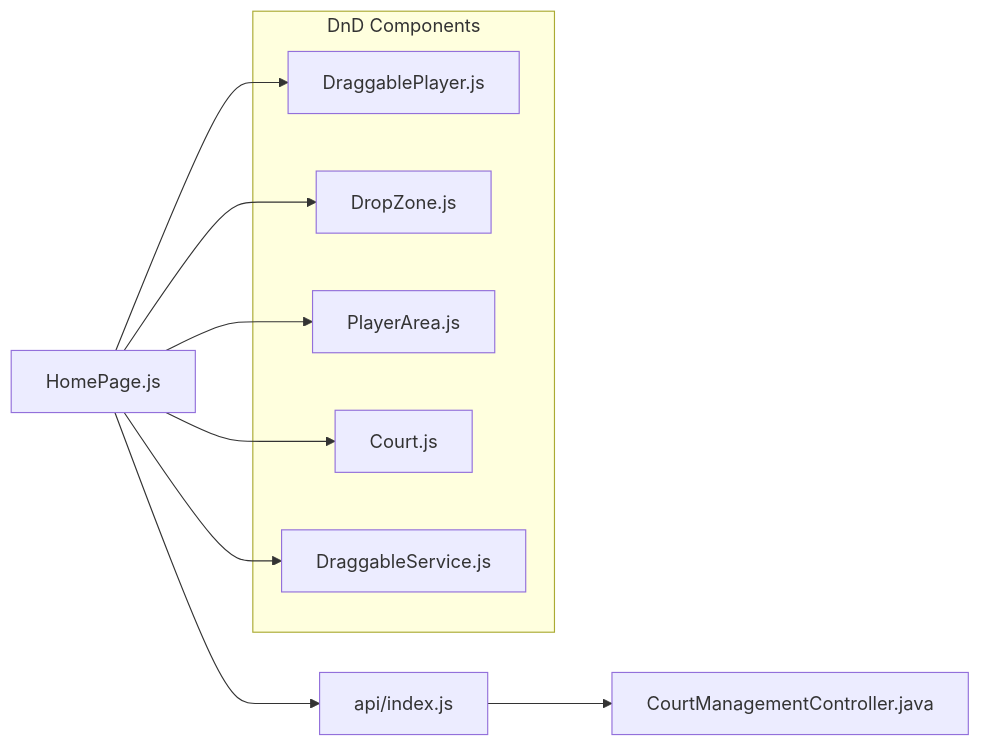
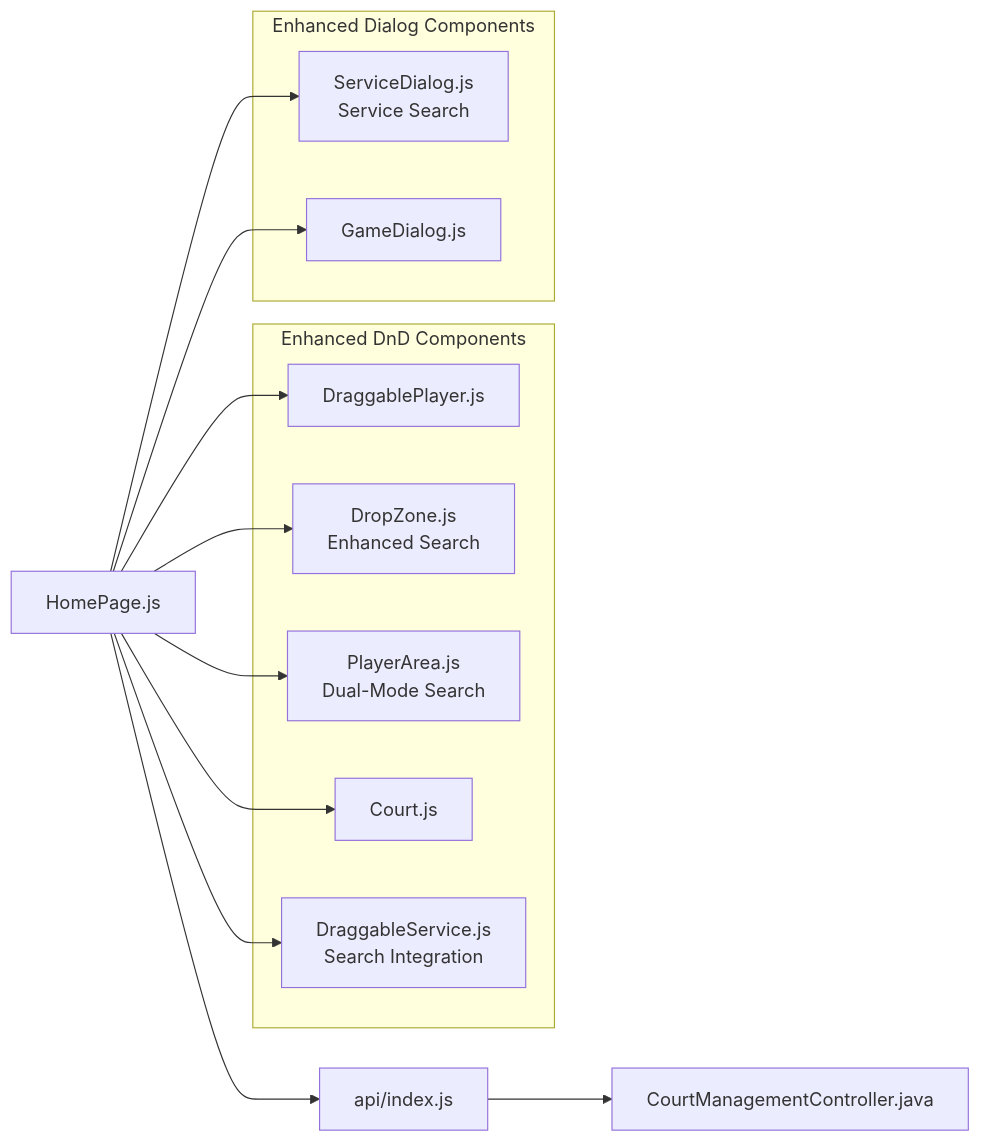
One commit to Vissel/badminton-court-management changed diagram 12 of 12 in .qoder/repowiki/en/content/Court Management Interface.md. Above: the diagram before and after it, drawn with Mermaid. The commit also changed other lines of this file and 36 other files, not shown here.

````diff
--- a/.qoder/repowiki/en/content/Court Management Interface.md
+++ b/.qoder/repowiki/en/content/Court Management Interface.md
@@ -363,17 +459,23 @@
 ```mermaid
 graph LR
 HP["HomePage.js"] --> API["api/index.js"]
 API --> BE["CourtManagementController.java"]
-subgraph "DnD Components"
+subgraph "Enhanced DnD Components"
 DRP["DraggablePlayer.js"]
-DZ["DropZone.js"]
-PA["PlayerArea.js"]
+DZ["DropZone.js<br/>Enhanced Search"]
+PA["PlayerArea.js<br/>Dual-Mode Search"]
 CS["Court.js"]
-DS["DraggableService.js"]
+DS["DraggableService.js<br/>Search Integration"]
 end
 HP --> DRP
 HP --> DZ
 HP --> PA
 HP --> CS
 HP --> DS
+subgraph "Enhanced Dialog Components"
+SD["ServiceDialog.js<br/>Service Search"]
+GD["GameDialog.js"]
+end
+HP --> SD
+HP --> GD
 ```
````
